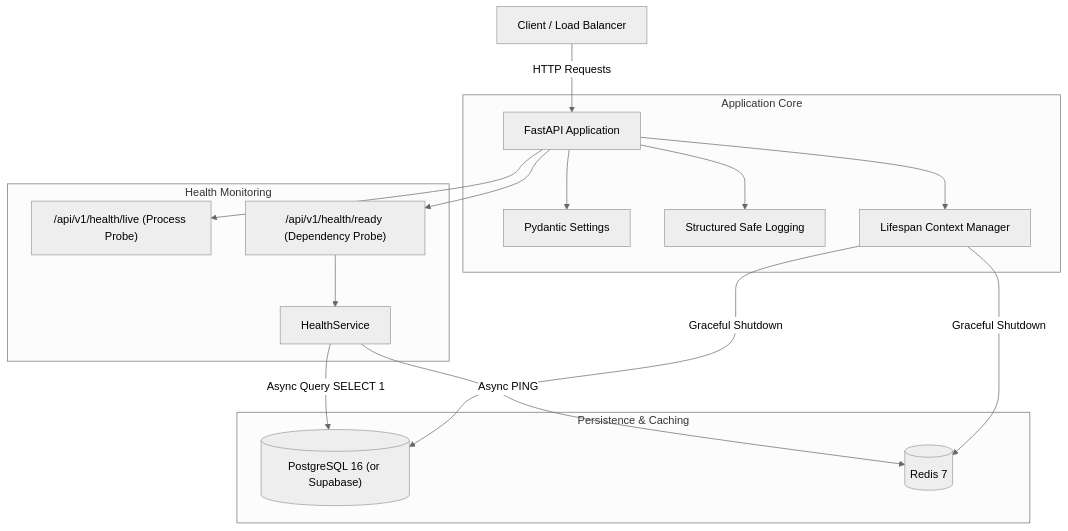
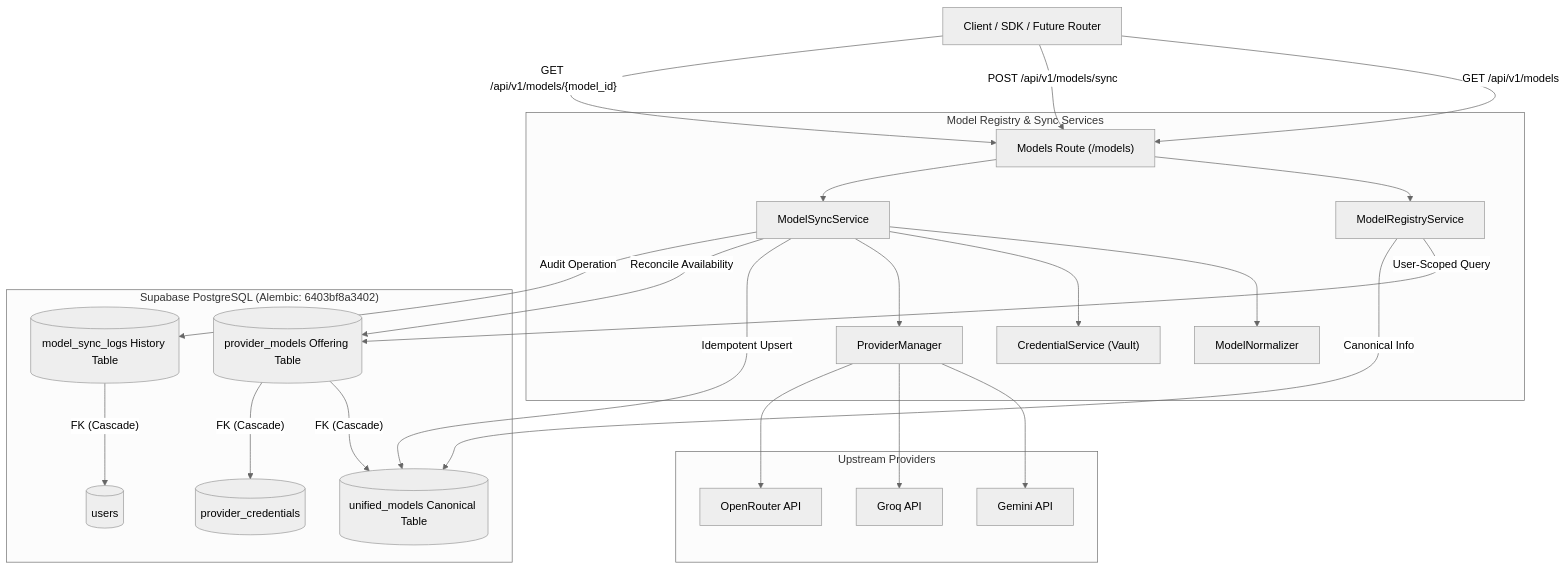
Before and after one commit to Sairamesh45/Relay: the second of 3 diagrams in README.md, drawn with Mermaid (neutral theme). The commit also changed other lines of this file and 6 other files, not shown here.

````diff
--- a/README.md
+++ b/README.md
@@ -23,23 +298,31 @@
 ```mermaid
 flowchart TD
-    Client["Client / Load Balancer"] -->|"HTTP Requests"| Gateway["FastAPI Application"]
-    
-    subgraph Core ["Application Core"]
-        Gateway --> Config["Pydantic Settings"]
-        Gateway --> Log["Structured Safe Logging"]
-        Gateway --> Lifespan["Lifespan Context Manager"]
+    Client["Client / SDK / Future Router"] -->|"GET /api/v1/models"| ModelsAPI["Models Route (/models)"]
+    Client -->|"POST /api/v1/models/sync"| ModelsAPI
+    Client -->|"GET /api/v1/models/{model_id}"| ModelsAPI
+
+    subgraph ServiceLayer ["Model Registry & Sync Services"]
+        ModelsAPI --> RegistryService["ModelRegistryService"]
+        ModelsAPI --> SyncService["ModelSyncService"]
+        SyncService --> Normalizer["ModelNormalizer"]
+        SyncService --> CredService["CredentialService (Vault)"]
+        SyncService --> Manager["ProviderManager"]
     end
 
-    subgraph Health ["Health Monitoring"]
-        Gateway --> Live["/api/v1/health/live (Process Probe)"]
-        Gateway --> Ready["/api/v1/health/ready (Dependency Probe)"]
-        Ready --> Svc["HealthService"]
+    subgraph DatabaseSchema ["Supabase PostgreSQL (Alembic: 6403bf8a3402)"]
+        RegistryService -->|"User-Scoped Query"| PM[("provider_models Offering Table")]
+        RegistryService -->|"Canonical Info"| UM[("unified_models Canonical Table")]
+        SyncService -->|"Idempotent Upsert"| UM
+        SyncService -->|"Reconcile Availability"| PM
+        SyncService -->|"Audit Operation"| MSL[("model_sync_logs History Table")]
+        PM -->|"FK (Cascade)"| UM
+        PM -->|"FK (Cascade)"| PC[("provider_credentials")]
+        MSL -->|"FK (Cascade)"| Users[("users")]
     end
 
-    subgraph Infrastructure ["Persistence & Caching"]
-        Svc -->|"Async Query SELECT 1"| PG[("PostgreSQL 16 (or Supabase)")]
-        Svc -->|"Async PING"| RD[("Redis 7")]
-        Lifespan -->|"Graceful Shutdown"| PG
-        Lifespan -->|"Graceful Shutdown"| RD
+    subgraph Providers ["Upstream Providers"]
+        Manager --> GeminiAdapter["Gemini API"]
+        Manager --> GroqAdapter["Groq API"]
+        Manager --> OpenRouterAdapter["OpenRouter API"]
     end
 ```
````
